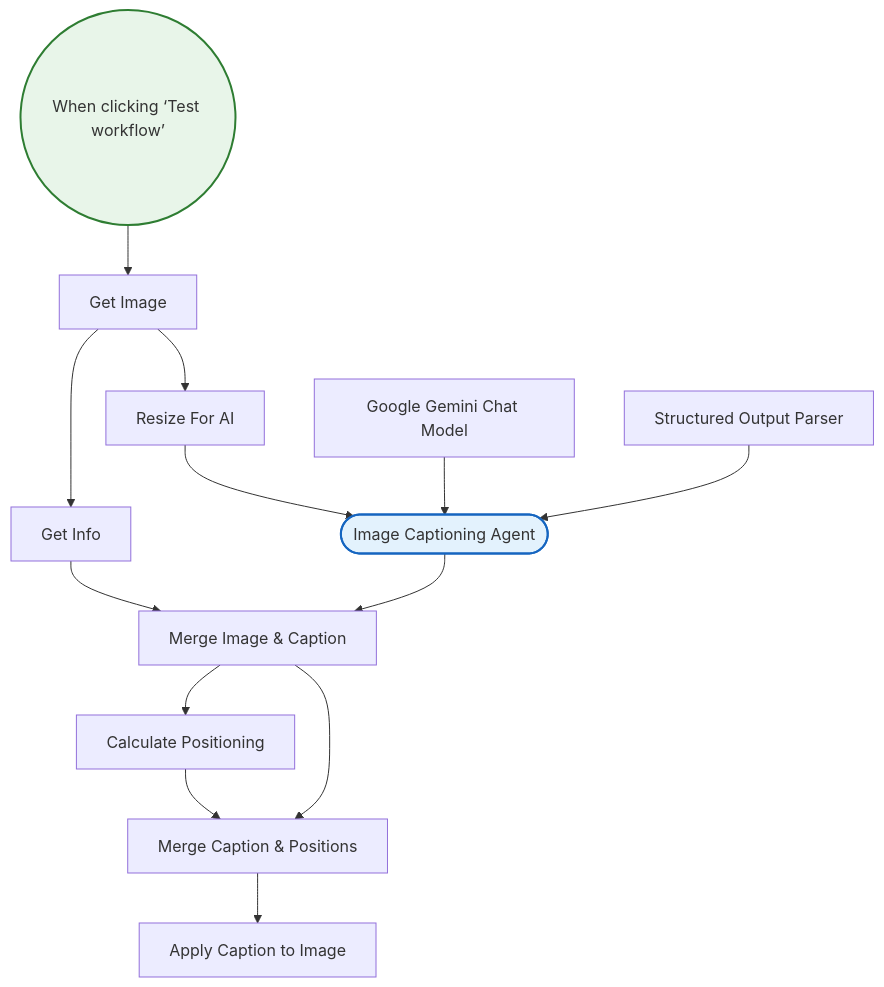
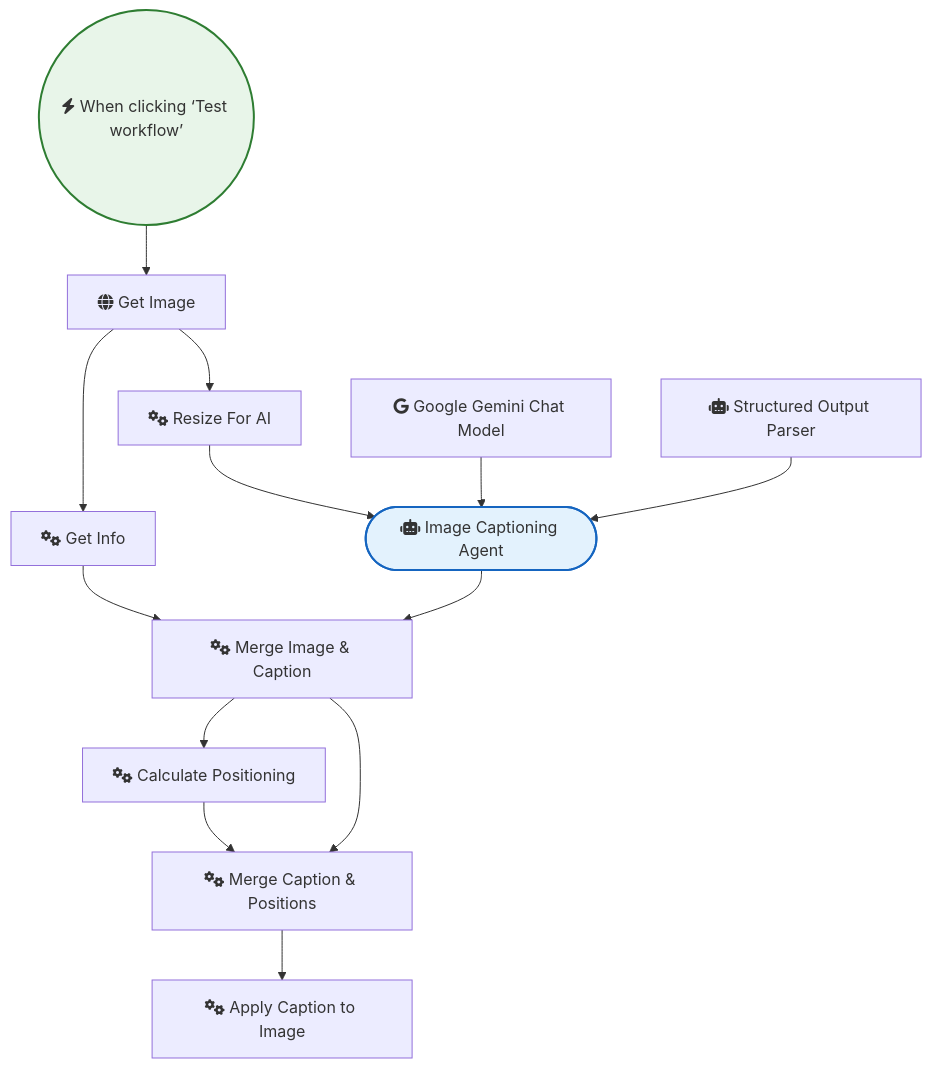
The diagram in OpenAI_and_LLMs/Easy Image Captioning with Gemini 1 5 Pro.md (sreyash3105/N8N-DEMO-AUTOMATIONS), drawn with Mermaid before and after one commit. The commit also changed 291 other files, not shown here.

````diff
--- a/OpenAI_and_LLMs/Easy Image Captioning with Gemini 1 5 Pro.md
+++ b/OpenAI_and_LLMs/Easy Image Captioning with Gemini 1 5 Pro.md
@@ -1,31 +1,31 @@
 ```mermaid
 graph TD
     classDef trigger fill:#e8f5e9,stroke:#2e7d32,stroke-width:2px;
     classDef ai fill:#e3f2fd,stroke:#1565c0,stroke-width:2px;
     classDef logic fill:#fff3e0,stroke:#ef6c00,stroke-width:2px;
 
-    When_clicking__Test_workflow_(("When clicking ‘Test workflow’")):::trigger
-    Google_Gemini_Chat_Model["Google Gemini Chat Model"]
-    Structured_Output_Parser["Structured Output Parser"]
-    Get_Info["Get Info"]
-    Resize_For_AI["Resize For AI"]
-    Calculate_Positioning["Calculate Positioning"]
-    Apply_Caption_to_Image["Apply Caption to Image"]
-    Merge_Image___Caption["Merge Image & Caption"]
-    Merge_Caption___Positions["Merge Caption & Positions"]
-    Get_Image["Get Image"]
-    Image_Captioning_Agent(["Image Captioning Agent"]):::ai
+    When_clicking__Test_workflow_(("fas:fa-bolt When clicking ‘Test workflow’")):::trigger
+    Google_Gemini_Chat_Model["fab:fa-google Google Gemini Chat Model"]
+    Structured_Output_Parser["fas:fa-robot Structured Output Parser"]
+    Get_Info["fas:fa-cogs Get Info"]
+    Resize_For_AI["fas:fa-cogs Resize For AI"]
+    Calculate_Positioning["fas:fa-cogs Calculate Positioning"]
+    Apply_Caption_to_Image["fas:fa-cogs Apply Caption to Image"]
+    Merge_Image___Caption["fas:fa-cogs Merge Image & Caption"]
+    Merge_Caption___Positions["fas:fa-cogs Merge Caption & Positions"]
+    Get_Image["fas:fa-globe Get Image"]
+    Image_Captioning_Agent(["fas:fa-robot Image Captioning Agent"]):::ai
 
     Get_Info --> Merge_Image___Caption
     Get_Image --> Resize_For_AI
     Get_Image --> Get_Info
     Resize_For_AI --> Image_Captioning_Agent
     Calculate_Positioning --> Merge_Caption___Positions
     Merge_Image___Caption --> Calculate_Positioning
     Merge_Image___Caption --> Merge_Caption___Positions
     Image_Captioning_Agent --> Merge_Image___Caption
     Google_Gemini_Chat_Model --> Image_Captioning_Agent
     Structured_Output_Parser --> Image_Captioning_Agent
     Merge_Caption___Positions --> Apply_Caption_to_Image
     When_clicking__Test_workflow_ --> Get_Image
 ```
````
